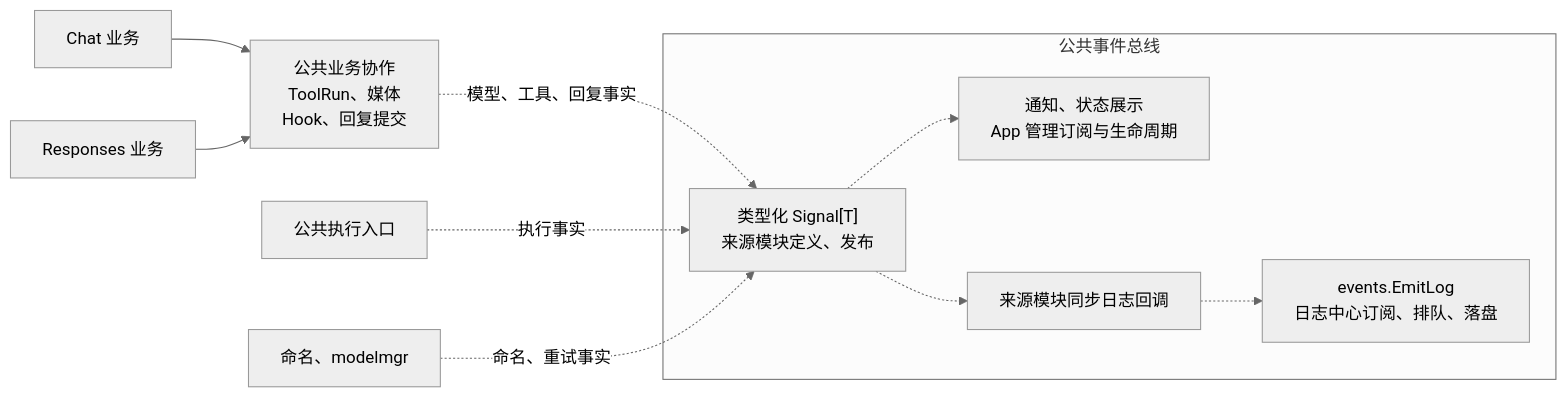
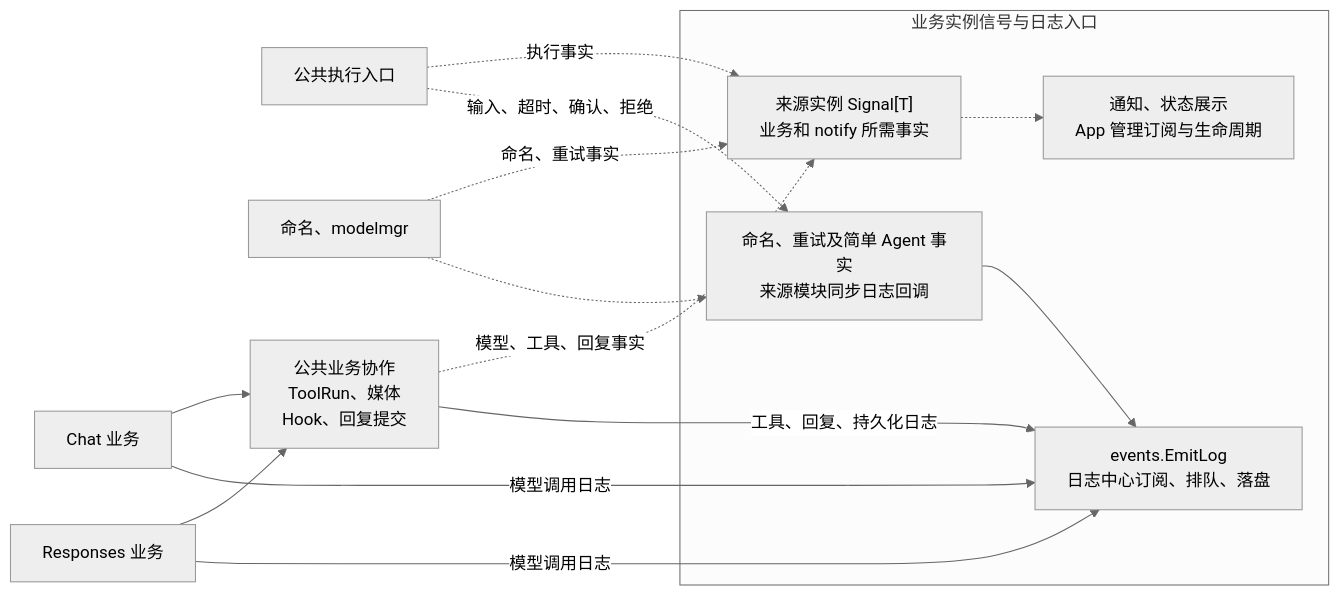
Before and after one commit to Elflare/elbot: the second of 2 diagrams in devdocs/architecture.md, drawn with Mermaid (neutral theme). The commit also changed other lines of this file and 162 other files, not shown here.

````diff
--- a/devdocs/architecture.md
+++ b/devdocs/architecture.md
@@ -147,26 +151,30 @@
 ```mermaid
 flowchart LR
     CHAT["Chat 业务"]
     RESPONSE["Responses 业务"]
     ENTRY["公共执行入口"]
     OTHER["命名、modelmgr"]
 
     SHARED["公共业务协作<br/>ToolRun、媒体<br/>Hook、回复提交"]
 
-    subgraph EVENTS["公共事件总线"]
-        BUS["类型化 Signal[T]<br/>来源模块定义、发布"]
+    subgraph EVENTS["业务实例信号与日志入口"]
+        BUS["来源实例 Signal[T]<br/>业务和 notify 所需事实"]
         OBSERVER["通知、状态展示<br/>App 管理订阅与生命周期"]
-        PROJECTION["来源模块同步日志回调"]
+        PROJECTION["命名、重试及简单 Agent 事实<br/>来源模块同步日志回调"]
         LOG["events.EmitLog<br/>日志中心订阅、排队、落盘"]
         BUS -.-> OBSERVER
-        BUS -.-> PROJECTION
-        PROJECTION -.-> LOG
+        PROJECTION --> LOG
     end
 
     CHAT --> SHARED
     RESPONSE --> SHARED
 
     SHARED -.->|"模型、工具、回复事实"| BUS
     ENTRY -.->|"执行事实"| BUS
     OTHER -.->|"命名、重试事实"| BUS
+    ENTRY -.->|"输入、超时、确认、拒绝"| PROJECTION
+    OTHER -.-> PROJECTION
+    CHAT -->|"模型调用日志"| LOG
+    RESPONSE -->|"模型调用日志"| LOG
+    SHARED -->|"工具、回复、持久化日志"| LOG
 ```
````
